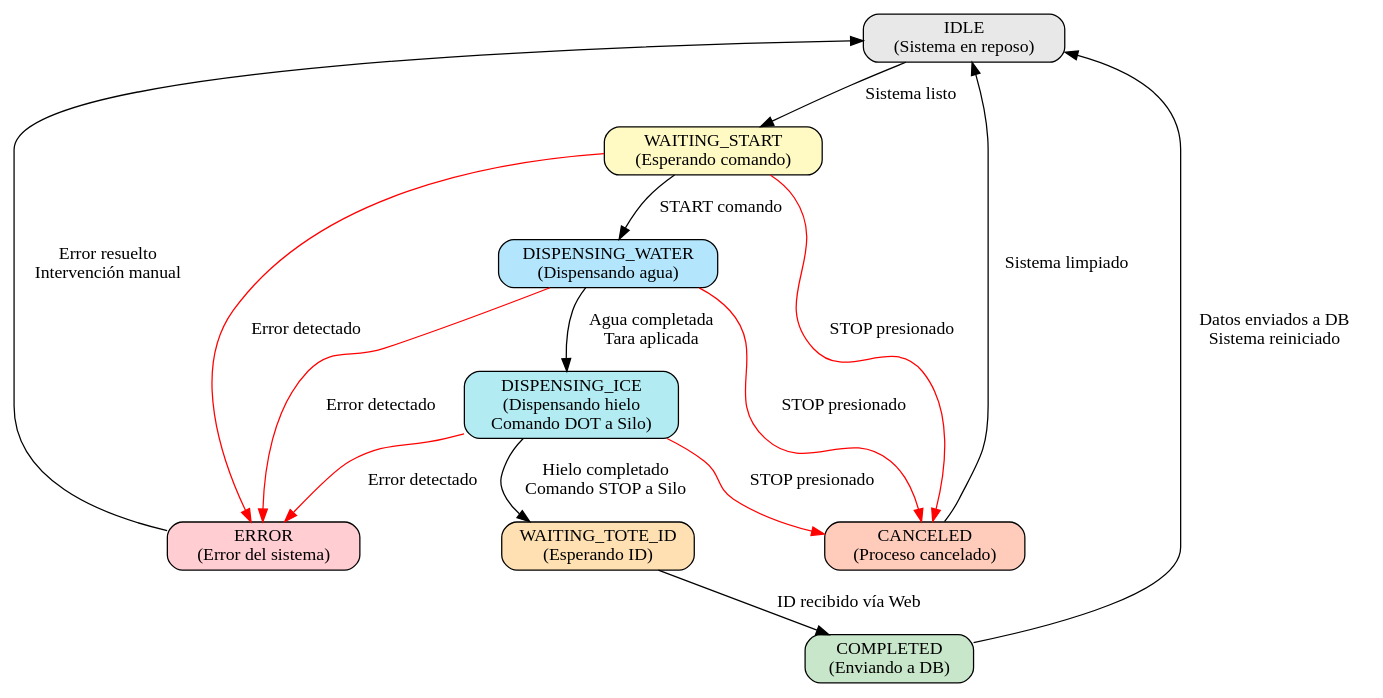
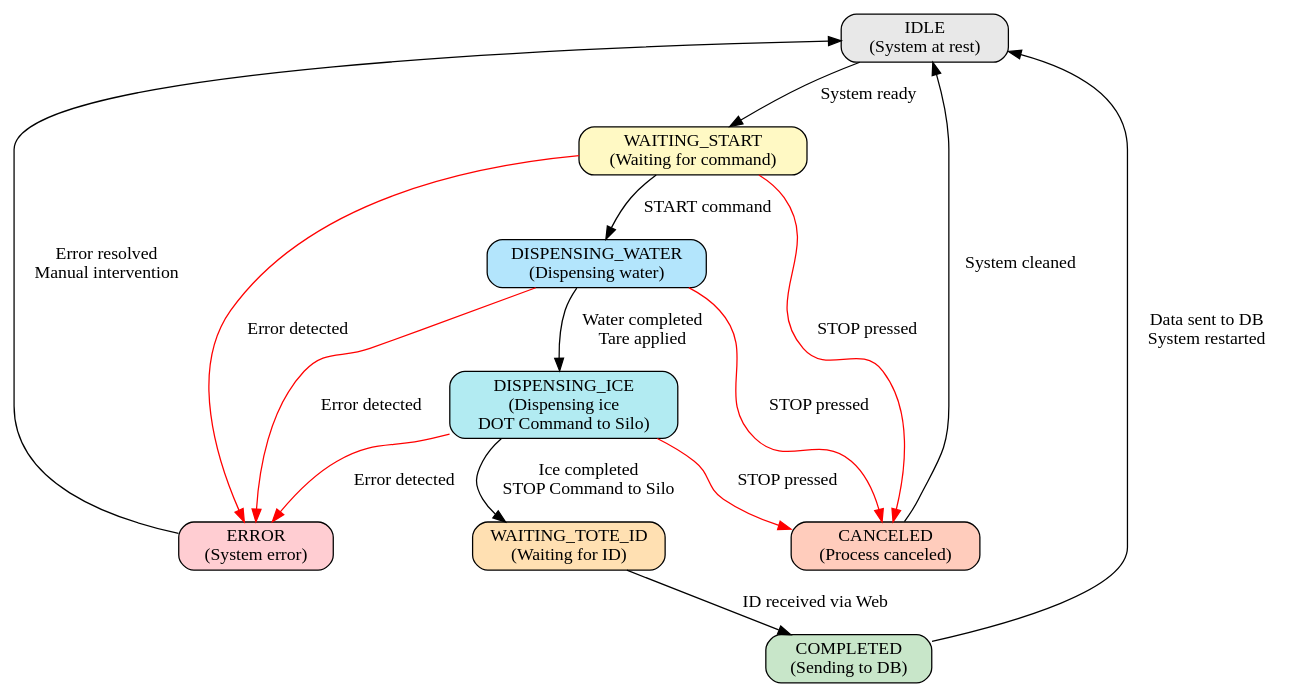
Before and after one commit to ayam-brand-IOT/Tote_outbound: the second of 3 diagrams in README.md, drawn with Graphviz. The commit also changed other lines of this file and 5 other files, not shown here.

````diff
--- a/README.md
+++ b/README.md
@@ -68,32 +68,32 @@
 ```dot
 digraph ToteStates {
     rankdir=TB;
     node [shape=box, style=rounded];
     
-    IDLE [label="IDLE\n(Sistema en reposo)", style="rounded,filled", fillcolor="#e8e8e8"];
-    WAITING_START [label="WAITING_START\n(Esperando comando)", style="rounded,filled", fillcolor="#fff9c4"];
-    DISPENSING_WATER [label="DISPENSING_WATER\n(Dispensando agua)", style="rounded,filled", fillcolor="#b3e5fc"];
-    DISPENSING_ICE [label="DISPENSING_ICE\n(Dispensando hielo\nComando DOT a Silo)", style="rounded,filled", fillcolor="#b2ebf2"];
-    WAITING_TOTE_ID [label="WAITING_TOTE_ID\n(Esperando ID)", style="rounded,filled", fillcolor="#ffe0b2"];
-    COMPLETED [label="COMPLETED\n(Enviando a DB)", style="rounded,filled", fillcolor="#c8e6c9"];
-    CANCELED [label="CANCELED\n(Proceso cancelado)", style="rounded,filled", fillcolor="#ffccbc"];
-    ERROR [label="ERROR\n(Error del sistema)", style="rounded,filled", fillcolor="#ffcdd2"];
+    IDLE [label="IDLE\n(System at rest)", style="rounded,filled", fillcolor="#e8e8e8"];
+    WAITING_START [label="WAITING_START\n(Waiting for command)", style="rounded,filled", fillcolor="#fff9c4"];
+    DISPENSING_WATER [label="DISPENSING_WATER\n(Dispensing water)", style="rounded,filled", fillcolor="#b3e5fc"];
+    DISPENSING_ICE [label="DISPENSING_ICE\n(Dispensing ice\nDOT Command to Silo)", style="rounded,filled", fillcolor="#b2ebf2"];
+    WAITING_TOTE_ID [label="WAITING_TOTE_ID\n(Waiting for ID)", style="rounded,filled", fillcolor="#ffe0b2"];
+    COMPLETED [label="COMPLETED\n(Sending to DB)", style="rounded,filled", fillcolor="#c8e6c9"];
+    CANCELED [label="CANCELED\n(Process canceled)", style="rounded,filled", fillcolor="#ffccbc"];
+    ERROR [label="ERROR\n(System error)", style="rounded,filled", fillcolor="#ffcdd2"];
     
-    IDLE -> WAITING_START [label="Sistema listo"];
-    WAITING_START -> DISPENSING_WATER [label="START comando"];
-    DISPENSING_WATER -> DISPENSING_ICE [label="Agua completada\nTara aplicada"];
-    DISPENSING_ICE -> WAITING_TOTE_ID [label="Hielo completado\nComando STOP a Silo"];
-    WAITING_TOTE_ID -> COMPLETED [label="ID recibido vía Web"];
-    COMPLETED -> IDLE [label="Datos enviados a DB\nSistema reiniciado"];
+    IDLE -> WAITING_START [label="System ready"];
+    WAITING_START -> DISPENSING_WATER [label="START command"];
+    DISPENSING_WATER -> DISPENSING_ICE [label="Water completed\nTare applied"];
+    DISPENSING_ICE -> WAITING_TOTE_ID [label="Ice completed\nSTOP Command to Silo"];
+    WAITING_TOTE_ID -> COMPLETED [label="ID received via Web"];
+    COMPLETED -> IDLE [label="Data sent to DB\nSystem restarted"];
     
-    WAITING_START -> CANCELED [label="STOP presionado", color=red];
-    DISPENSING_WATER -> CANCELED [label="STOP presionado", color=red];
-    DISPENSING_ICE -> CANCELED [label="STOP presionado", color=red];
-    CANCELED -> IDLE [label="Sistema limpiado"];
+    WAITING_START -> CANCELED [label="STOP pressed", color=red];
+    DISPENSING_WATER -> CANCELED [label="STOP pressed", color=red];
+    DISPENSING_ICE -> CANCELED [label="STOP pressed", color=red];
+    CANCELED -> IDLE [label="System cleaned"];
     
-    WAITING_START -> ERROR [label="Error detectado", color=red];
-    DISPENSING_WATER -> ERROR [label="Error detectado", color=red];
-    DISPENSING_ICE -> ERROR [label="Error detectado", color=red];
-    ERROR -> IDLE [label="Error resuelto\nIntervención manual"];
+    WAITING_START -> ERROR [label="Error detected", color=red];
+    DISPENSING_WATER -> ERROR [label="Error detected", color=red];
+    DISPENSING_ICE -> ERROR [label="Error detected", color=red];
+    ERROR -> IDLE [label="Error resolved\nManual intervention"];
 }
 ```
````
